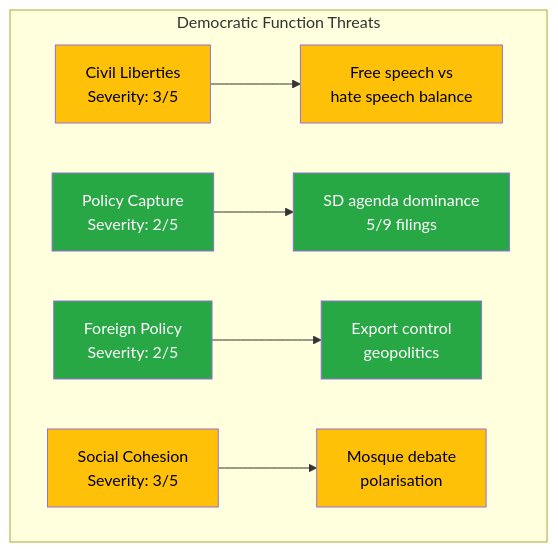
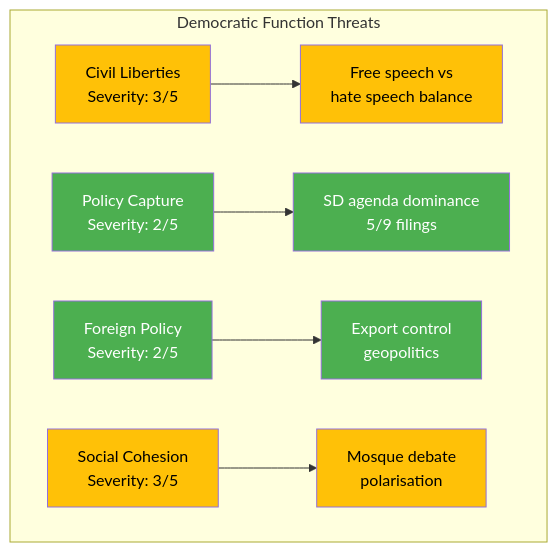
The diagram in analysis/daily/2026-04-07/evening-analysis/threat-analysis.md (Hack23/riksdagsmonitor), drawn with Mermaid before and after one commit. The commit also changed 785 other files, not shown here.

First line of the commit message:
Normalize mermaid colors across 786 analysis artifacts to ISMS Style Guide palette

````diff
--- a/analysis/daily/2026-04-07/evening-analysis/threat-analysis.md
+++ b/analysis/daily/2026-04-07/evening-analysis/threat-analysis.md
@@ -12,17 +12,17 @@
 ```mermaid
 graph TD
     subgraph "Democratic Function Threats"
         T1["Civil Liberties<br/>Severity: 3/5"] --> T1a["Free speech vs<br/>hate speech balance"]
         T2["Policy Capture<br/>Severity: 2/5"] --> T2a["SD agenda dominance<br/>5/9 filings"]
         T3["Foreign Policy<br/>Severity: 2/5"] --> T3a["Export control<br/>geopolitics"]
         T4["Social Cohesion<br/>Severity: 3/5"] --> T4a["Mosque debate<br/>polarisation"]
     end
-    style T1 fill:#ffc107,color:#000
-    style T2 fill:#28a745,color:#fff
-    style T3 fill:#28a745,color:#fff
-    style T4 fill:#ffc107,color:#000
-    style T1a fill:#ffc107,color:#000
-    style T2a fill:#28a745,color:#fff
-    style T3a fill:#28a745,color:#fff
-    style T4a fill:#ffc107,color:#000
+    style T1 fill:#FFC107,color:#000000
+    style T2 fill:#4CAF50,color:#FFFFFF
+    style T3 fill:#4CAF50,color:#FFFFFF
+    style T4 fill:#FFC107,color:#000000
+    style T1a fill:#FFC107,color:#000000
+    style T2a fill:#4CAF50,color:#FFFFFF
+    style T3a fill:#4CAF50,color:#FFFFFF
+    style T4a fill:#FFC107,color:#000000
 ```
````
